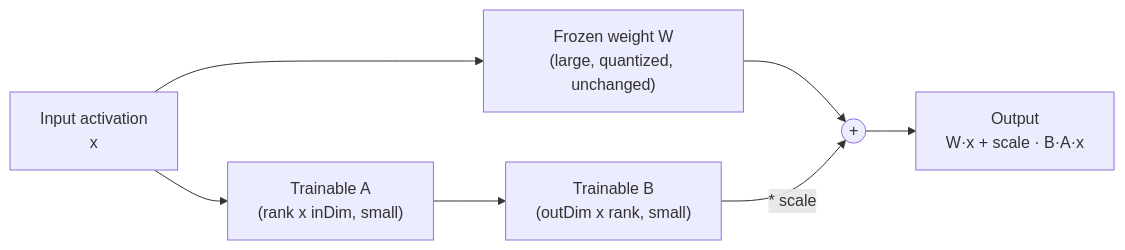
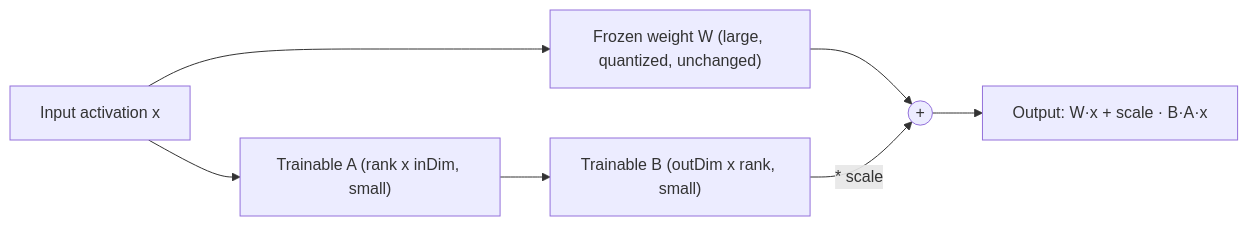
One commit to ml-cab/juno changed the first of 2 diagrams in juno-documentation/part4/01-concepts.md. Above: the diagram before and after it, drawn with Mermaid. The commit also changed other lines of this file and 20 other files, not shown here.

Commit message:
mermaids updated, getting rid of new line character

````diff
--- a/juno-documentation/part4/01-concepts.md
+++ b/juno-documentation/part4/01-concepts.md
@@ -14,9 +14,9 @@
 ```mermaid
 flowchart LR
-    X["Input activation\nx"] --> Frozen["Frozen weight W\n(large, quantized, unchanged)"]
-    X --> A["Trainable A\n(rank x inDim, small)"]
-    A --> B["Trainable B\n(outDim x rank, small)"]
+    X["Input activation x"] --> Frozen["Frozen weight W (large, quantized, unchanged)"]
+    X --> A["Trainable A (rank x inDim, small)"]
+    A --> B["Trainable B (outDim x rank, small)"]
     Frozen --> Sum(("+"))
     B -->|"* scale"| Sum
-    Sum --> Y["Output\nW·x + scale · B·A·x"]
+    Sum --> Y["Output: W·x + scale · B·A·x"]
 ```
````
